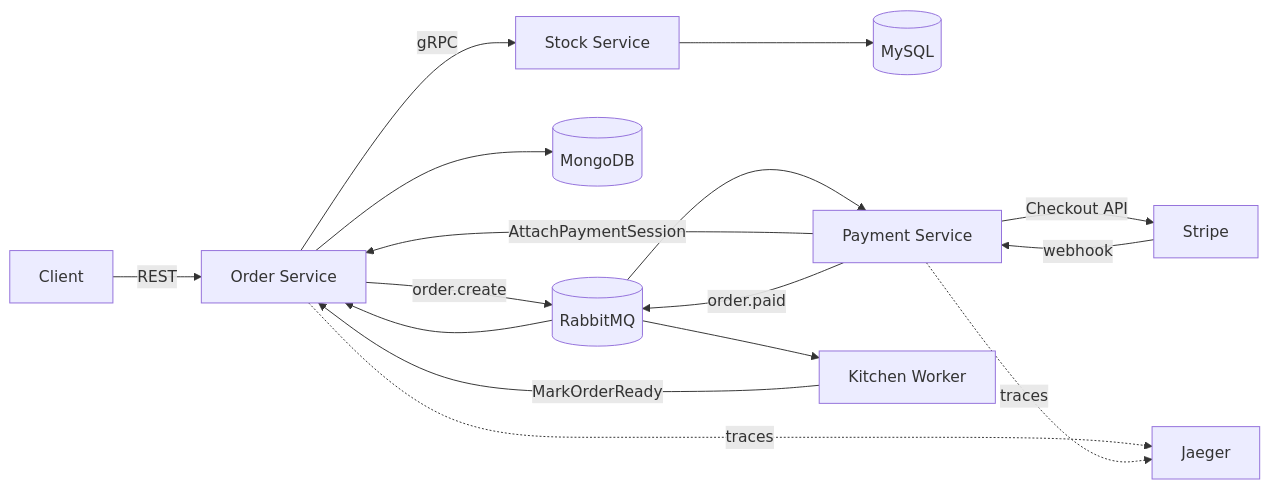
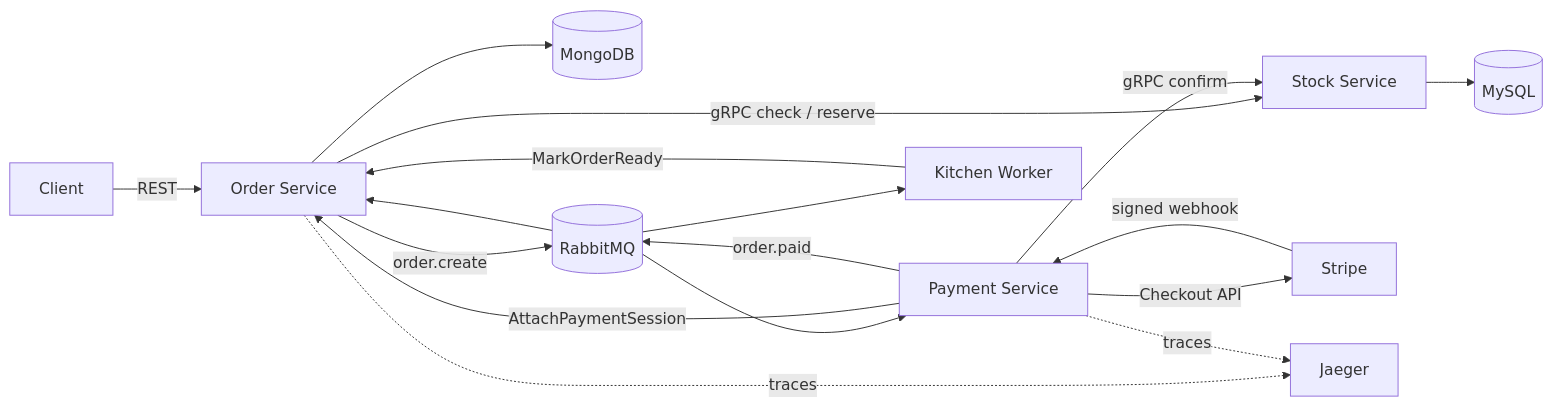
Before and after one commit to jiahuipaung/gorder: the first of 2 diagrams in README.md, drawn with Mermaid. The commit also changed other lines of this file and 60 other files, not shown here.

First line of the commit message:
Add recoverable inventory reservation flow

````diff
--- a/README.md
+++ b/README.md
@@ -28,21 +32,22 @@
 ```mermaid
 flowchart LR
     Client[Client] -->|REST| Order[Order Service]
-    Order -->|gRPC| Stock[Stock Service]
+    Order -->|gRPC check / reserve| Stock[Stock Service]
     Stock --> MySQL[(MySQL)]
     Order --> Mongo[(MongoDB)]
 
     Order -->|order.create| MQ[(RabbitMQ)]
     MQ --> Payment[Payment Service]
     Payment -->|Checkout API| Stripe[Stripe]
     Payment -->|AttachPaymentSession| Order
 
-    Stripe -->|webhook| Payment
+    Stripe -->|signed webhook| Payment
+    Payment -->|gRPC confirm| Stock
     Payment -->|order.paid| MQ
     MQ --> Order
     MQ --> Kitchen[Kitchen Worker]
     Kitchen -->|MarkOrderReady| Order
 
     Order -. traces .-> Jaeger[Jaeger]
     Payment -. traces .-> Jaeger
 ```
````
